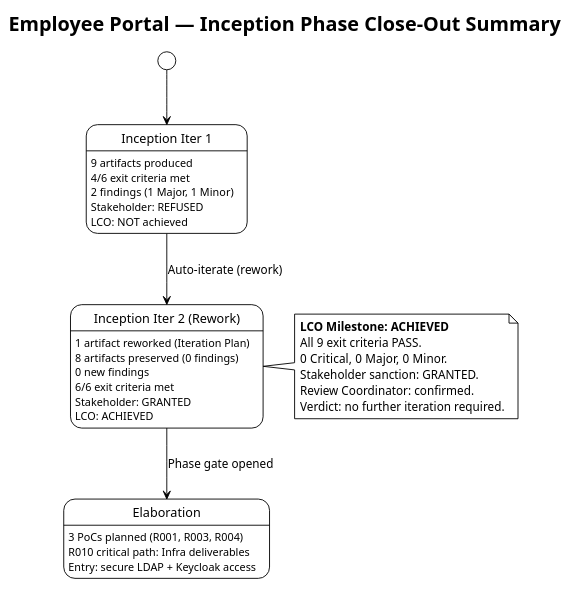
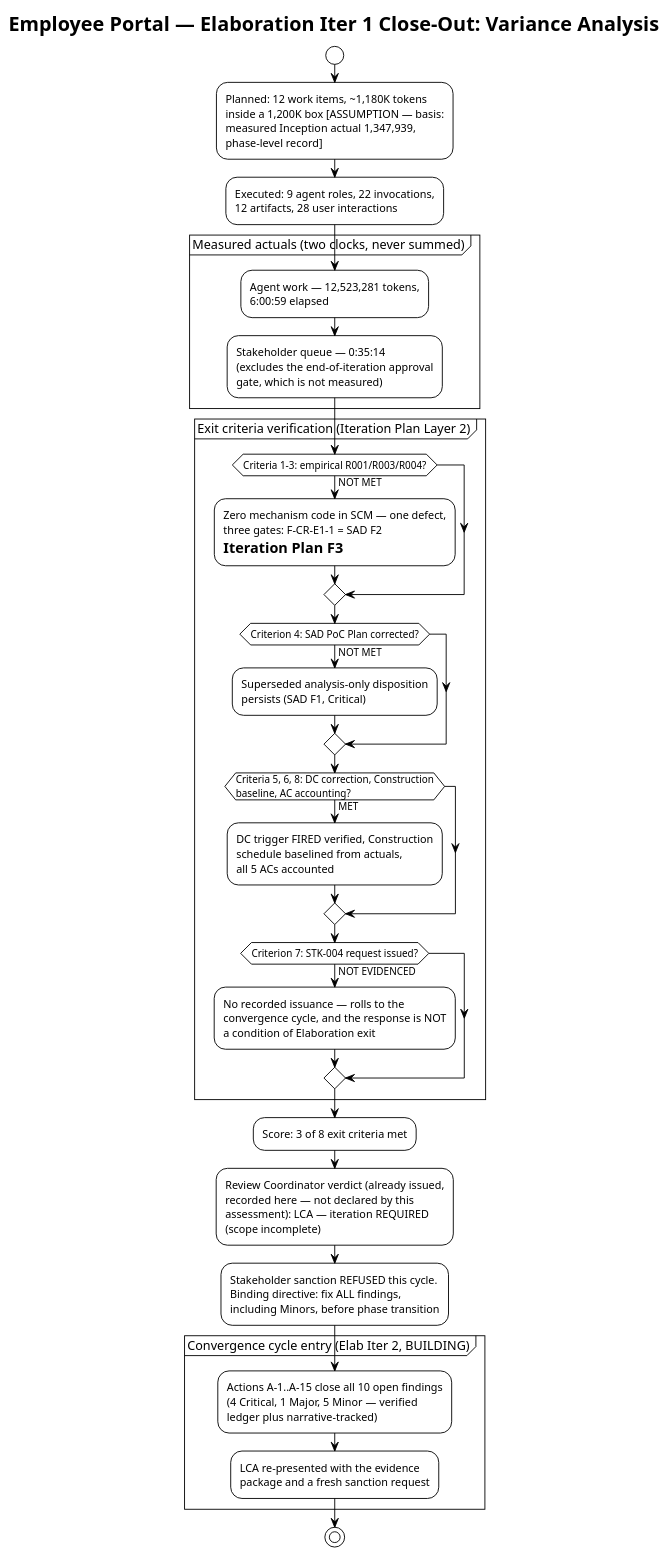
The fifth of 5 diagrams in docs/artifacts/project-management/iteration-assessment.md (banense-test/employee-portal), drawn with PlantUML before and after one commit. The commit also changed other lines of this file, not shown here.

First line of the commit message:
Project Manager [E1]: upsert Iteration Assessment

````diff
--- a/docs/artifacts/project-management/iteration-assessment.md
+++ b/docs/artifacts/project-management/iteration-assessment.md
@@ -360,42 +321,40 @@
 ```plantuml
 @startuml
 !theme plain
-title Employee Portal — Inception Phase Close-Out Summary
+title Employee Portal — Elaboration Iter 1 Close-Out: Variance Analysis
 
-[*] --> Iter1
-state "Inception Iter 1" as Iter1 {
-  Iter1 : 9 artifacts produced
-  Iter1 : 4/6 exit criteria met
-  Iter1 : 2 findings (1 Major, 1 Minor)
-  Iter1 : Stakeholder: REFUSED
-  Iter1 : LCO: NOT achieved
+start
+:Planned: 12 work items, ~1,180K tokens\ninside a 1,200K box [ASSUMPTION — basis:\nmeasured Inception actual 1,347,939,\nphase-level record];
+:Executed: 9 agent roles, 22 invocations,\n12 artifacts, 28 user interactions;
+
+partition "Measured actuals (two clocks, never summed)" {
+  :Agent work — 12,523,281 tokens,\n6:00:59 elapsed;
+  :Stakeholder queue — 0:35:14\n(excludes the end-of-iteration approval\ngate, which is not measured);
 }
 
-Iter1 --> Iter2 : Auto-iterate (rework)
-state "Inception Iter 2 (Rework)" as Iter2 {
-  Iter2 : 1 artifact reworked (Iteration Plan)
-  Iter2 : 8 artifacts preserved (0 findings)
-  Iter2 : 0 new findings
-  Iter2 : 6/6 exit criteria met
-  Iter2 : Stakeholder: GRANTED
-  Iter2 : LCO: ACHIEVED
+partition "Exit criteria verification (Iteration Plan Layer 2)" {
+  if (Criteria 1-3: empirical R001/R003/R004?) then (NOT MET)
+    :Zero mechanism code in SCM — one defect,\nthree gates: F-CR-E1-1 = SAD F2\n= Iteration Plan F3;
+  endif
+  if (Criterion 4: SAD PoC Plan corrected?) then (NOT MET)
+    :Superseded analysis-only disposition\npersists (SAD F1, Critical);
+  endif
+  if (Criteria 5, 6, 8: DC correction, Construction\nbaseline, AC accounting?) then (MET)
+    :DC trigger FIRED verified, Construction\nschedule baselined from actuals,\nall 5 ACs accounted;
+  endif
+  if (Criterion 7: STK-004 request issued?) then (NOT EVIDENCED)
+    :No recorded issuance — rolls to the\nconvergence cycle, and the response is NOT\na condition of Elaboration exit;
+  endif
 }
 
-Iter2 --> Elab : Phase gate opened
-state "Elaboration" as Elab {
-  Elab : 3 PoCs planned (R001, R003, R004)
-  Elab : R010 critical path: Infra deliverables
-  Elab : Entry: secure LDAP + Keycloak access
+:Score: 3 of 8 exit criteria met;
+:Review Coordinator verdict (already issued,\nrecorded here — not declared by this\nassessment): LCA — iteration REQUIRED\n(scope incomplete);
+:Stakeholder sanction REFUSED this cycle.\nBinding directive: fix ALL findings,\nincluding Minors, before phase transition;
+
+partition "Convergence cycle entry (Elab Iter 2, BUILDING)" {
+  :Actions A-1..A-15 close all 10 open findings\n(4 Critical, 1 Major, 5 Minor — verified\nledger plus narrative-tracked);
+  :LCA re-presented with the evidence\npackage and a fresh sanction request;
 }
-
-note right of Iter2
-  **LCO Milestone: ACHIEVED**
-  All 9 exit criteria PASS.
-  0 Critical, 0 Major, 0 Minor.
-  Stakeholder sanction: GRANTED.
-  Review Coordinator: confirmed.
-  Verdict: no further iteration required.
-end note
-
+stop
 @enduml
 ```
````
